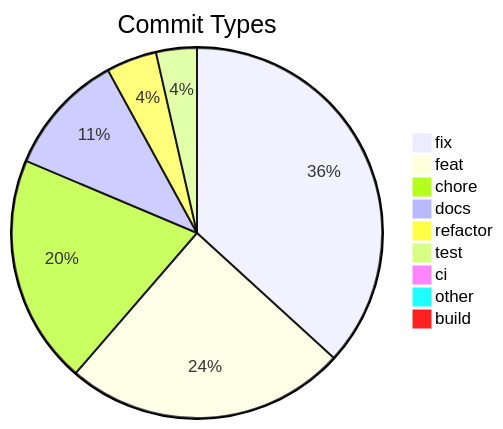
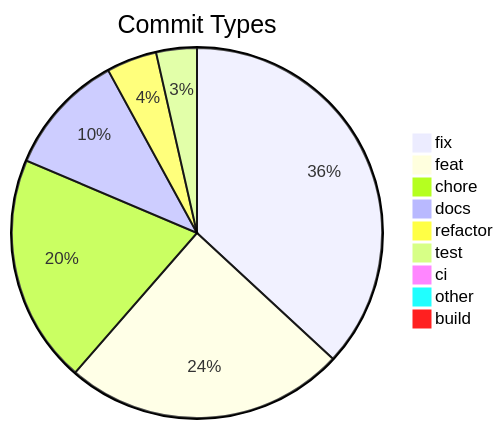
Before and after one commit to svenroth-ai/shipwright-webui: the diagram in .shipwright/compliance/change-history.md, drawn with Mermaid. The commit also changed other lines of this file and 15 other files, not shown here.

````diff
--- a/.shipwright/compliance/change-history.md
+++ b/.shipwright/compliance/change-history.md
@@ -8,12 +8,12 @@
 ```mermaid
 pie title Commit Types
-    "fix" : 217
+    "fix" : 218
     "feat" : 145
     "chore" : 118
     "docs" : 63
     "refactor" : 26
     "test" : 21
     "ci" : 5
     "other" : 4
     "build" : 1
 ```
````
